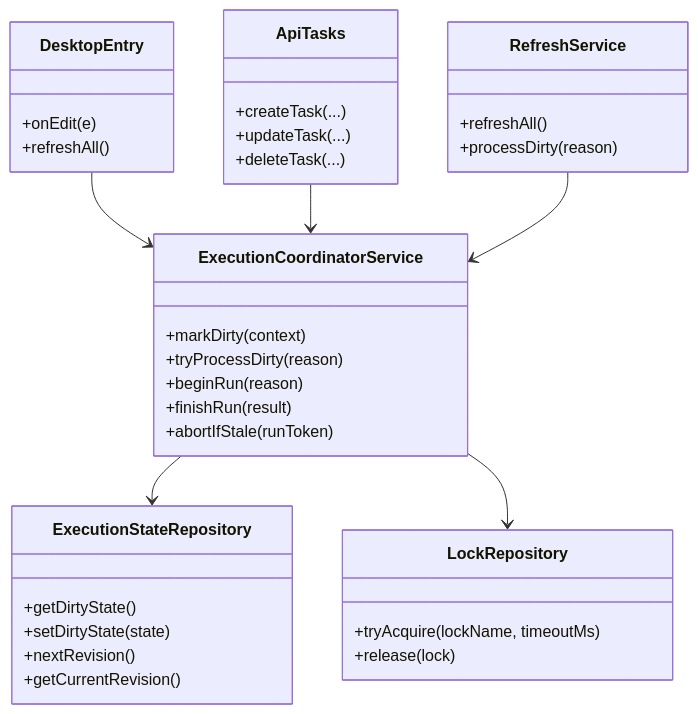
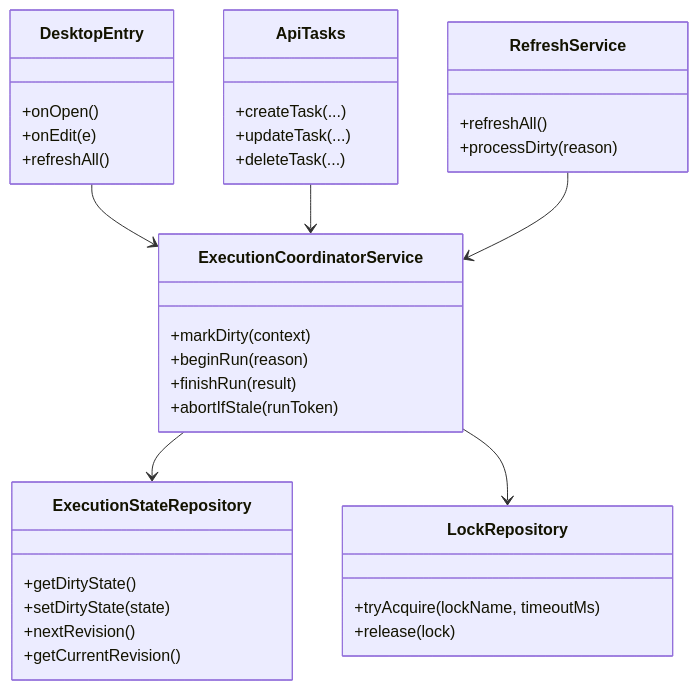
The second of 5 diagrams in docs/concurrency-performance/concurrency-performance.sourcecode.md (the-khiem7/SheetFlow), drawn with Mermaid before and after one commit. The commit also changed other lines of this file and 4 other files, not shown here.

````diff
--- a/docs/concurrency-performance/concurrency-performance.sourcecode.md
+++ b/docs/concurrency-performance/concurrency-performance.sourcecode.md
@@ -70,44 +69,44 @@
 ```mermaid
 classDiagram
     class DesktopEntry {
+      +onOpen()
       +onEdit(e)
       +refreshAll()
     }
 
     class ApiTasks {
       +createTask(...)
       +updateTask(...)
       +deleteTask(...)
     }
 
     class ExecutionCoordinatorService {
       +markDirty(context)
-      +tryProcessDirty(reason)
       +beginRun(reason)
       +finishRun(result)
       +abortIfStale(runToken)
     }
 
     class ExecutionStateRepository {
       +getDirtyState()
       +setDirtyState(state)
       +nextRevision()
       +getCurrentRevision()
     }
 
     class LockRepository {
       +tryAcquire(lockName, timeoutMs)
       +release(lock)
     }
 
     class RefreshService {
       +refreshAll()
       +processDirty(reason)
     }
 
     DesktopEntry --> ExecutionCoordinatorService
     ApiTasks --> ExecutionCoordinatorService
     RefreshService --> ExecutionCoordinatorService
     ExecutionCoordinatorService --> ExecutionStateRepository
     ExecutionCoordinatorService --> LockRepository
 ```
````
